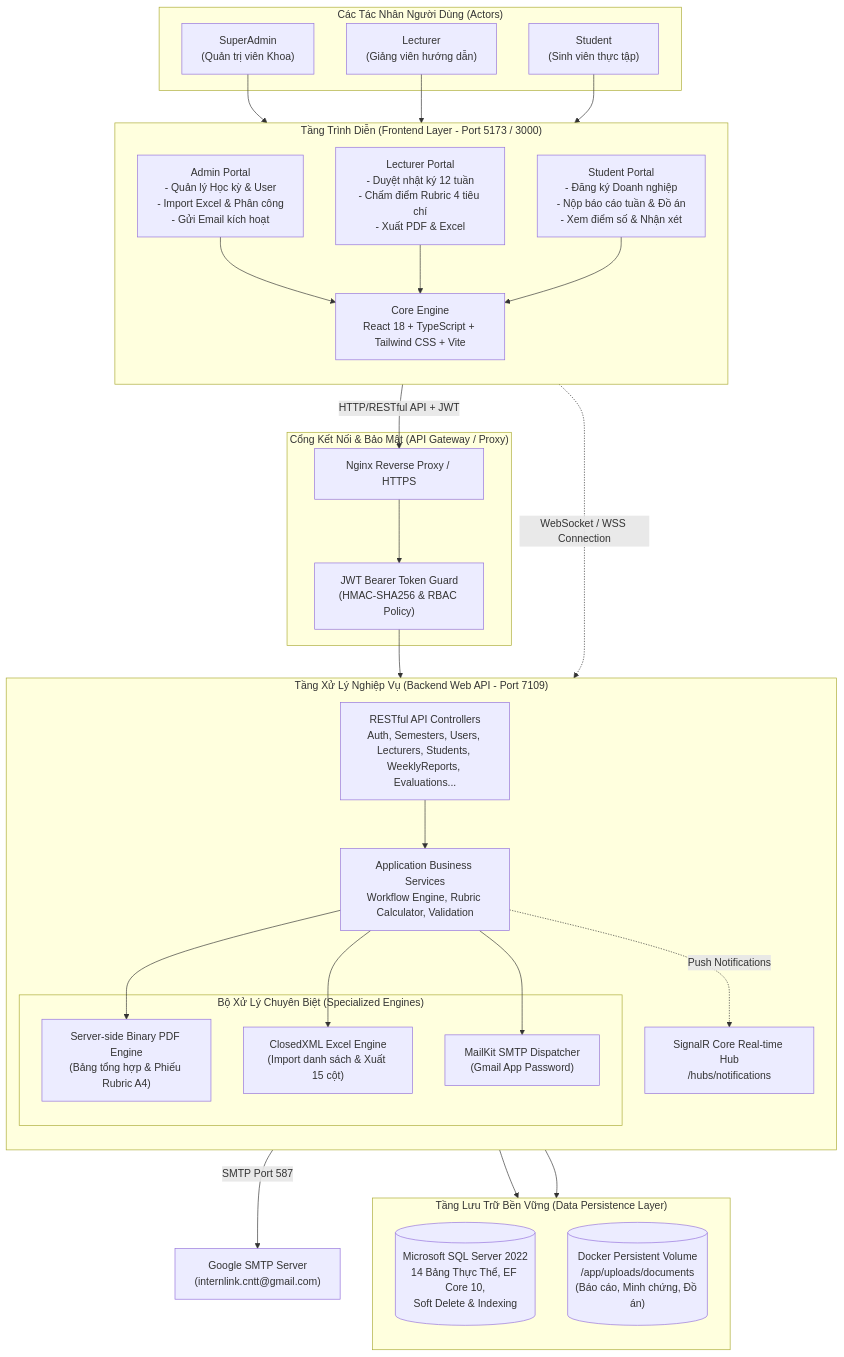
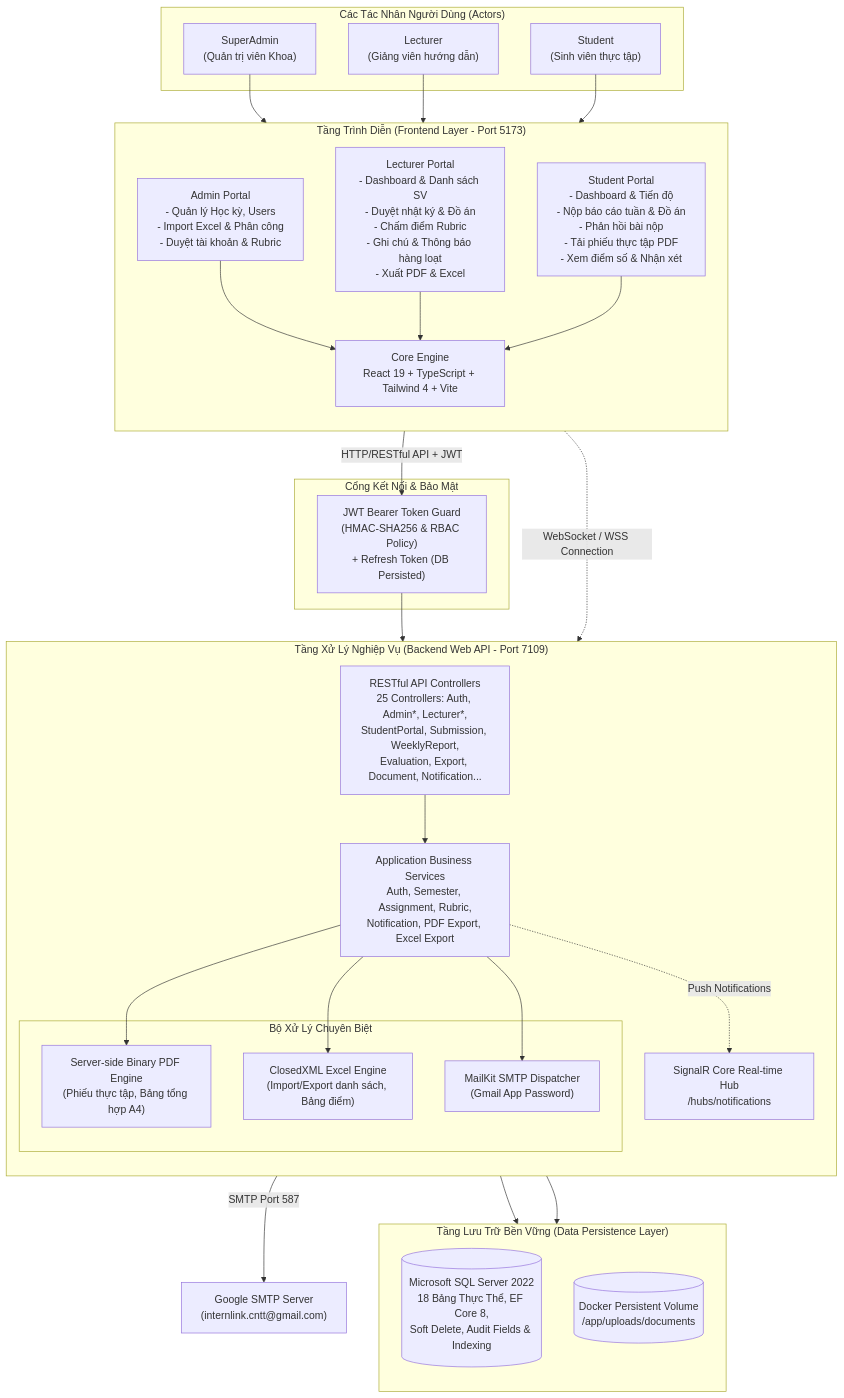
Before and after one commit to thachhien-github/InternLink: the diagram in docs/images/architecture/overall-architecture.md, drawn with Mermaid. The commit also changed other lines of this file and 20 other files, not shown here.

````diff
--- a/docs/images/architecture/overall-architecture.md
+++ b/docs/images/architecture/overall-architecture.md
@@ -9,64 +9,62 @@
 ```mermaid
 flowchart TB
     subgraph Users["Các Tác Nhân Người Dùng (Actors)"]
         SA["SuperAdmin<br/>(Quản trị viên Khoa)"]
         L["Lecturer<br/>(Giảng viên hướng dẫn)"]
         S["Student<br/>(Sinh viên thực tập)"]
     end
 
-    subgraph Frontend["Tầng Trình Diễn (Frontend Layer - Port 5173 / 3000)"]
+    subgraph Frontend["Tầng Trình Diễn (Frontend Layer - Port 5173)"]
         direction TB
-        F_ADMIN["Admin Portal<br/>- Quản lý Học kỳ & User<br/>- Import Excel & Phân công<br/>- Gửi Email kích hoạt"]
-        F_LEC["Lecturer Portal<br/>- Duyệt nhật ký 12 tuần<br/>- Chấm điểm Rubric 4 tiêu chí<br/>- Xuất PDF & Excel"]
-        F_STU["Student Portal<br/>- Đăng ký Doanh nghiệp<br/>- Nộp báo cáo tuần & Đồ án<br/>- Xem điểm số & Nhận xét"]
-        F_CORE["Core Engine<br/>React 18 + TypeScript + Tailwind CSS + Vite"]
+        F_ADMIN["Admin Portal<br/>- Quản lý Học kỳ, Users<br/>- Import Excel & Phân công<br/>- Duyệt tài khoản & Rubric"]
+        F_LEC["Lecturer Portal<br/>- Dashboard & Danh sách SV<br/>- Duyệt nhật ký & Đồ án<br/>- Chấm điểm Rubric<br/>- Ghi chú & Thông báo hàng loạt<br/>- Xuất PDF & Excel"]
+        F_STU["Student Portal<br/>- Dashboard & Tiến độ<br/>- Nộp báo cáo tuần & Đồ án<br/>- Phản hồi bài nộp<br/>- Tải phiếu thực tập PDF<br/>- Xem điểm số & Nhận xét"]
+        F_CORE["Core Engine<br/>React 19 + TypeScript + Tailwind 4 + Vite"]
     end
 
-    subgraph Gateway["Cổng Kết Nối & Bảo Mật (API Gateway / Proxy)"]
-        REV_PROXY["Nginx Reverse Proxy / HTTPS"]
-        JWT_GUARD["JWT Bearer Token Guard<br/>(HMAC-SHA256 & RBAC Policy)"]
+    subgraph Gateway["Cổng Kết Nối & Bảo Mật"]
+        JWT_GUARD["JWT Bearer Token Guard<br/>(HMAC-SHA256 & RBAC Policy)<br/>+ Refresh Token (DB Persisted)"]
     end
 
     subgraph Backend["Tầng Xử Lý Nghiệp Vụ (Backend Web API - Port 7109)"]
         direction TB
-        API_CTRL["RESTful API Controllers<br/>Auth, Semesters, Users, Lecturers, Students, WeeklyReports, Evaluations..."]
-        APP_SVC["Application Business Services<br/>Workflow Engine, Rubric Calculator, Validation"]
+        API_CTRL["RESTful API Controllers<br/>25 Controllers: Auth, Admin*, Lecturer*,<br/>StudentPortal, Submission, WeeklyReport,<br/>Evaluation, Export, Document, Notification..."]
+        APP_SVC["Application Business Services<br/>Auth, Semester, Assignment, Rubric,<br/>Notification, PDF Export, Excel Export"]
         SIG_HUB["SignalR Core Real-time Hub<br/>/hubs/notifications"]
         
-        subgraph Engines["Bộ Xử Lý Chuyên Biệt (Specialized Engines)"]
-            PDF_GEN["Server-side Binary PDF Engine<br/>(Bảng tổng hợp & Phiếu Rubric A4)"]
-            XLSX_GEN["ClosedXML Excel Engine<br/>(Import danh sách & Xuất 15 cột)"]
+        subgraph Engines["Bộ Xử Lý Chuyên Biệt"]
+            PDF_GEN["Server-side Binary PDF Engine<br/>(Phiếu thực tập, Bảng tổng hợp A4)"]
+            XLSX_GEN["ClosedXML Excel Engine<br/>(Import/Export danh sách, Bảng điểm)"]
             MAIL_SVC["MailKit SMTP Dispatcher<br/>(Gmail App Password)"]
         end
     end
 
     subgraph Data["Tầng Lưu Trữ Bền Vững (Data Persistence Layer)"]
         direction TB
-        DB_SQL[("Microsoft SQL Server 2022<br/>14 Bảng Thực Thể, EF Core 10,<br/>Soft Delete & Indexing")]
-        STORAGE_VOL[("Docker Persistent Volume<br/>/app/uploads/documents<br/>(Báo cáo, Minh chứng, Đồ án)")]
+        DB_SQL[("Microsoft SQL Server 2022<br/>18 Bảng Thực Thể, EF Core 8,<br/>Soft Delete, Audit Fields & Indexing")]
+        STORAGE_VOL[("Docker Persistent Volume<br/>/app/uploads/documents")]
     end
 
     SA --> F_ADMIN
     L --> F_LEC
     S --> F_STU
 
     F_ADMIN --> F_CORE
     F_LEC --> F_CORE
     F_STU --> F_CORE
 
-    F_CORE -->|HTTP/RESTful API + JWT| REV_PROXY
+    F_CORE -->|HTTP/RESTful API + JWT| JWT_GUARD
     F_CORE -.->|WebSocket / WSS Connection| SIG_HUB
 
-    REV_PROXY --> JWT_GUARD
     JWT_GUARD --> API_CTRL
 
     API_CTRL --> APP_SVC
     APP_SVC --> PDF_GEN
     APP_SVC --> XLSX_GEN
     APP_SVC --> MAIL_SVC
     APP_SVC -.->|Push Notifications| SIG_HUB
 
     APP_SVC --> DB_SQL
     APP_SVC --> STORAGE_VOL
     MAIL_SVC -->|SMTP Port 587| GMAIL_EXT["Google SMTP Server<br/>(internlink.cntt@gmail.com)"]
 ```
````
